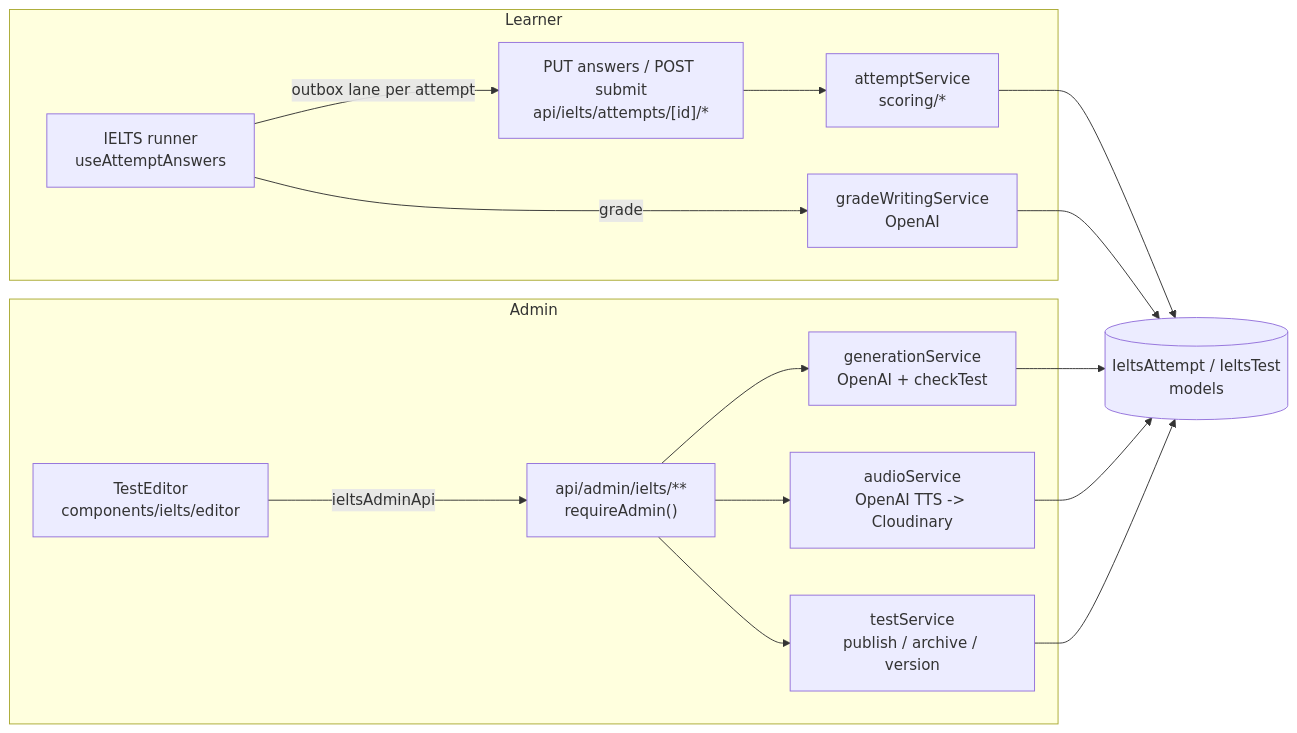
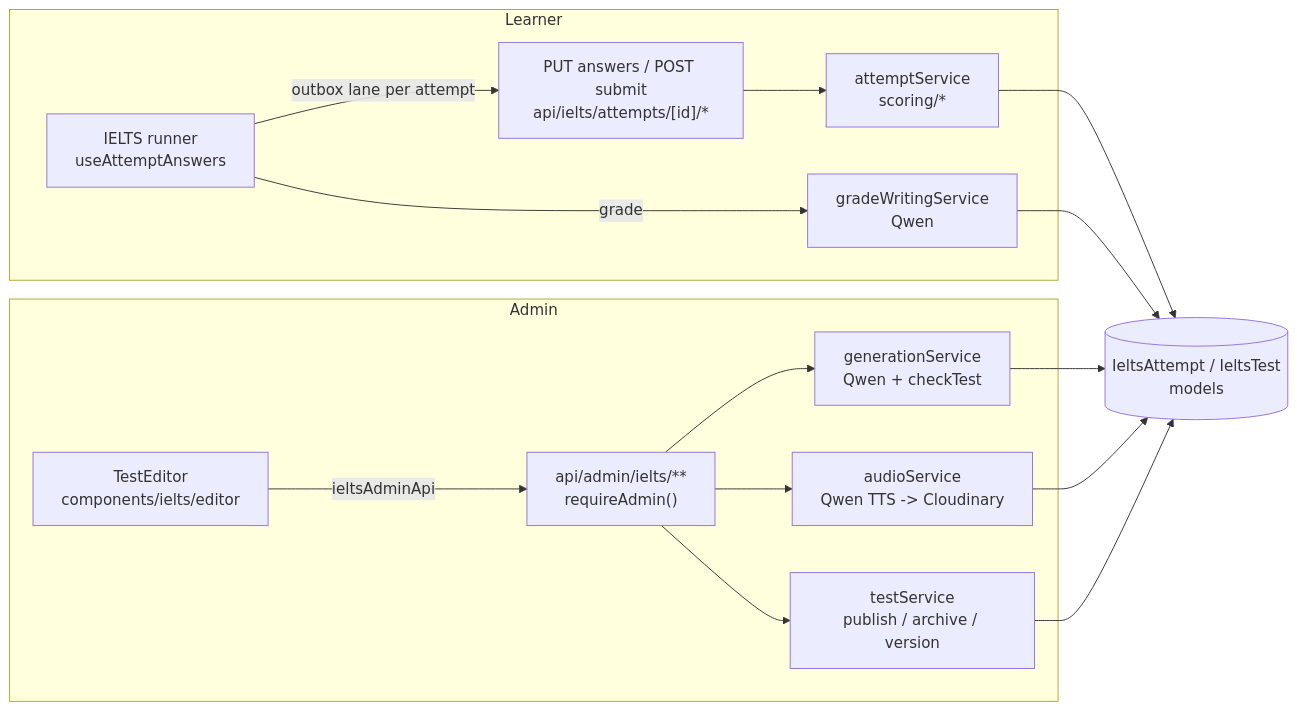
Before and after one commit to NaKMiers/English_For_Only_Me: the fourth of 4 diagrams in docs/02-architecture.md, drawn with Mermaid. The commit also changed other lines of this file and 9 other files, not shown here.

````diff
--- a/docs/02-architecture.md
+++ b/docs/02-architecture.md
@@ -400,19 +400,19 @@
 ```mermaid
 flowchart LR
   subgraph learner["Learner"]
     RUN["IELTS runner<br/>useAttemptAnswers"] -->|outbox lane per attempt| ANS["PUT answers / POST submit<br/>api/ielts/attempts/[id]/*"]
     ANS --> ATT["attemptService<br/>scoring/*"]
-    RUN -->|grade| GR["gradeWritingService<br/>OpenAI"]
+    RUN -->|grade| GR["gradeWritingService<br/>Qwen"]
   end
   subgraph admin["Admin"]
     ED["TestEditor<br/>components/ielts/editor"] -->|ieltsAdminApi| AR["api/admin/ielts/**<br/>requireAdmin()"]
-    AR --> GEN["generationService<br/>OpenAI + checkTest"]
-    AR --> AUD["audioService<br/>OpenAI TTS -> Cloudinary"]
+    AR --> GEN["generationService<br/>Qwen + checkTest"]
+    AR --> AUD["audioService<br/>Qwen TTS -> Cloudinary"]
     AR --> TS["testService<br/>publish / archive / version"]
   end
   ATT --> M[("IeltsAttempt / IeltsTest<br/>models")]
   GR --> M
   GEN --> M
   AUD --> M
   TS --> M
 ```
````
